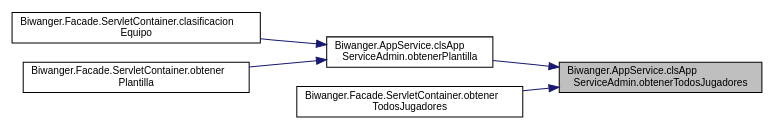
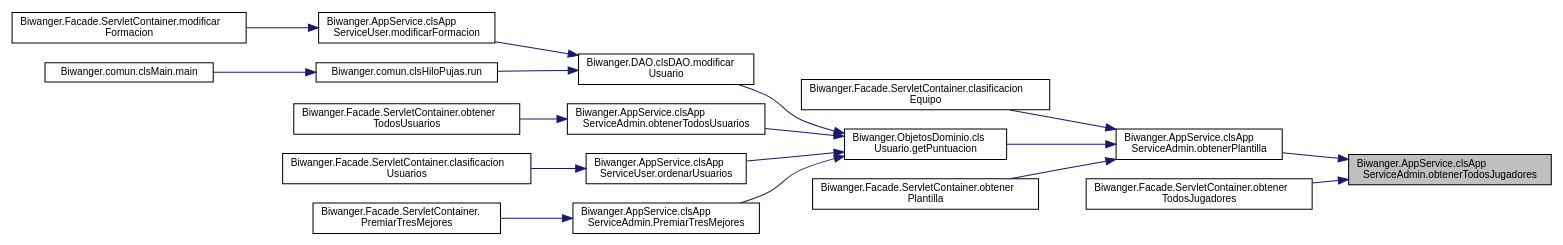
The diagram in docs/class_biwanger_1_1_app_service_1_1cls_app_service_admin_a27e6abd6e208ab631d047968791b6a12_icgraph.dot (nagorecb/BiwangerServidor), drawn with Graphviz before and after one commit. The commit also changed 94 other files, not shown here.

```diff
--- a/docs/class_biwanger_1_1_app_service_1_1cls_app_service_admin_a27e6abd6e208ab631d047968791b6a12_icgraph.dot
+++ b/docs/class_biwanger_1_1_app_service_1_1cls_app_service_admin_a27e6abd6e208ab631d047968791b6a12_icgraph.dot
@@ -1,16 +1,40 @@
 digraph "Biwanger.AppService.clsAppServiceAdmin.obtenerTodosJugadores"
 {
  // LATEX_PDF_SIZE
   edge [fontname="Helvetica",fontsize="10",labelfontname="Helvetica",labelfontsize="10"];
   node [fontname="Helvetica",fontsize="10",shape=record];
   rankdir="RL";
   Node1 [label="Biwanger.AppService.clsApp\lServiceAdmin.obtenerTodosJugadores",height=0.2,width=0.4,color="black", fillcolor="grey75", style="filled", fontcolor="black",tooltip=" "];
   Node1 -> Node2 [dir="back",color="midnightblue",fontsize="10",style="solid",fontname="Helvetica"];
   Node2 [label="Biwanger.AppService.clsApp\lServiceAdmin.obtenerPlantilla",height=0.2,width=0.4,color="black", fillcolor="white", style="filled",URL="$class_biwanger_1_1_app_service_1_1cls_app_service_admin.html#a7afcdff078b56c311f5f87faf3c085ff",tooltip=" "];
   Node2 -> Node3 [dir="back",color="midnightblue",fontsize="10",style="solid",fontname="Helvetica"];
   Node3 [label="Biwanger.Facade.ServletContainer.clasificacion\lEquipo",height=0.2,width=0.4,color="black", fillcolor="white", style="filled",URL="$class_biwanger_1_1_facade_1_1_servlet_container.html#a3470c81aaf9329061104a66bf80bf779",tooltip=" "];
   Node2 -> Node4 [dir="back",color="midnightblue",fontsize="10",style="solid",fontname="Helvetica"];
-  Node4 [label="Biwanger.Facade.ServletContainer.obtener\lPlantilla",height=0.2,width=0.4,color="black", fillcolor="white", style="filled",URL="$class_biwanger_1_1_facade_1_1_servlet_container.html#a71569ae182cd377ec34d4b7391170ff9",tooltip=" "];
-  Node1 -> Node5 [dir="back",color="midnightblue",fontsize="10",style="solid",fontname="Helvetica"];
-  Node5 [label="Biwanger.Facade.ServletContainer.obtener\lTodosJugadores",height=0.2,width=0.4,color="black", fillcolor="white", style="filled",URL="$class_biwanger_1_1_facade_1_1_servlet_container.html#a89c70ab6a4f9ca2263a8c9d3c5f0b525",tooltip=" "];
+  Node4 [label="Biwanger.ObjetosDominio.cls\lUsuario.getPuntuacion",height=0.2,width=0.4,color="black", fillcolor="white", style="filled",URL="$class_biwanger_1_1_objetos_dominio_1_1cls_usuario.html#a8043716fb0488b460818ea29e73410e6",tooltip=" "];
+  Node4 -> Node5 [dir="back",color="midnightblue",fontsize="10",style="solid",fontname="Helvetica"];
+  Node5 [label="Biwanger.DAO.clsDAO.modificar\lUsuario",height=0.2,width=0.4,color="black", fillcolor="white", style="filled",URL="$class_biwanger_1_1_d_a_o_1_1cls_d_a_o.html#a9023a1387d6ec5f85cdc4344bf54a557",tooltip=" "];
+  Node5 -> Node6 [dir="back",color="midnightblue",fontsize="10",style="solid",fontname="Helvetica"];
+  Node6 [label="Biwanger.AppService.clsApp\lServiceUser.modificarFormacion",height=0.2,width=0.4,color="black", fillcolor="white", style="filled",URL="$class_biwanger_1_1_app_service_1_1cls_app_service_user.html#a45ddc53a6dd70ce80584469e19be2399",tooltip=" "];
+  Node6 -> Node7 [dir="back",color="midnightblue",fontsize="10",style="solid",fontname="Helvetica"];
+  Node7 [label="Biwanger.Facade.ServletContainer.modificar\lFormacion",height=0.2,width=0.4,color="black", fillcolor="white", style="filled",URL="$class_biwanger_1_1_facade_1_1_servlet_container.html#a0bbfb12d162bb8805b0aa53179782cdb",tooltip=" "];
+  Node5 -> Node8 [dir="back",color="midnightblue",fontsize="10",style="solid",fontname="Helvetica"];
+  Node8 [label="Biwanger.comun.clsHiloPujas.run",height=0.2,width=0.4,color="black", fillcolor="white", style="filled",URL="$class_biwanger_1_1comun_1_1cls_hilo_pujas.html#a1081eef132d091c12bb08bf1eb2db1c1",tooltip=" "];
+  Node8 -> Node9 [dir="back",color="midnightblue",fontsize="10",style="solid",fontname="Helvetica"];
+  Node9 [label="Biwanger.comun.clsMain.main",height=0.2,width=0.4,color="black", fillcolor="white", style="filled",URL="$class_biwanger_1_1comun_1_1cls_main.html#a09e0032f856ff2123925717cef2db994",tooltip=" "];
+  Node4 -> Node10 [dir="back",color="midnightblue",fontsize="10",style="solid",fontname="Helvetica"];
+  Node10 [label="Biwanger.AppService.clsApp\lServiceAdmin.obtenerTodosUsuarios",height=0.2,width=0.4,color="black", fillcolor="white", style="filled",URL="$class_biwanger_1_1_app_service_1_1cls_app_service_admin.html#a67f15e33d0977f242cfa973f4b7eed5f",tooltip=" "];
+  Node10 -> Node11 [dir="back",color="midnightblue",fontsize="10",style="solid",fontname="Helvetica"];
+  Node11 [label="Biwanger.Facade.ServletContainer.obtener\lTodosUsuarios",height=0.2,width=0.4,color="black", fillcolor="white", style="filled",URL="$class_biwanger_1_1_facade_1_1_servlet_container.html#a6bda5929d72cf4e2012d67b20190ef02",tooltip=" "];
+  Node4 -> Node12 [dir="back",color="midnightblue",fontsize="10",style="solid",fontname="Helvetica"];
+  Node12 [label="Biwanger.AppService.clsApp\lServiceUser.ordenarUsuarios",height=0.2,width=0.4,color="black", fillcolor="white", style="filled",URL="$class_biwanger_1_1_app_service_1_1cls_app_service_user.html#a38521008bc663f48b1fe5d43d1065024",tooltip=" "];
+  Node12 -> Node13 [dir="back",color="midnightblue",fontsize="10",style="solid",fontname="Helvetica"];
+  Node13 [label="Biwanger.Facade.ServletContainer.clasificacion\lUsuarios",height=0.2,width=0.4,color="black", fillcolor="white", style="filled",URL="$class_biwanger_1_1_facade_1_1_servlet_container.html#a98a9d2c39fdc3f202df959454115d410",tooltip=" "];
+  Node4 -> Node14 [dir="back",color="midnightblue",fontsize="10",style="solid",fontname="Helvetica"];
+  Node14 [label="Biwanger.AppService.clsApp\lServiceAdmin.PremiarTresMejores",height=0.2,width=0.4,color="black", fillcolor="white", style="filled",URL="$class_biwanger_1_1_app_service_1_1cls_app_service_admin.html#a745d1a0c5ea706ffd97616cb4d2e0672",tooltip=" "];
+  Node14 -> Node15 [dir="back",color="midnightblue",fontsize="10",style="solid",fontname="Helvetica"];
+  Node15 [label="Biwanger.Facade.ServletContainer.\lPremiarTresMejores",height=0.2,width=0.4,color="black", fillcolor="white", style="filled",URL="$class_biwanger_1_1_facade_1_1_servlet_container.html#a8006bab79e1568517126c47868a90941",tooltip=" "];
+  Node2 -> Node16 [dir="back",color="midnightblue",fontsize="10",style="solid",fontname="Helvetica"];
+  Node16 [label="Biwanger.Facade.ServletContainer.obtener\lPlantilla",height=0.2,width=0.4,color="black", fillcolor="white", style="filled",URL="$class_biwanger_1_1_facade_1_1_servlet_container.html#a71569ae182cd377ec34d4b7391170ff9",tooltip=" "];
+  Node1 -> Node17 [dir="back",color="midnightblue",fontsize="10",style="solid",fontname="Helvetica"];
+  Node17 [label="Biwanger.Facade.ServletContainer.obtener\lTodosJugadores",height=0.2,width=0.4,color="black", fillcolor="white", style="filled",URL="$class_biwanger_1_1_facade_1_1_servlet_container.html#a89c70ab6a4f9ca2263a8c9d3c5f0b525",tooltip=" "];
 }
```
